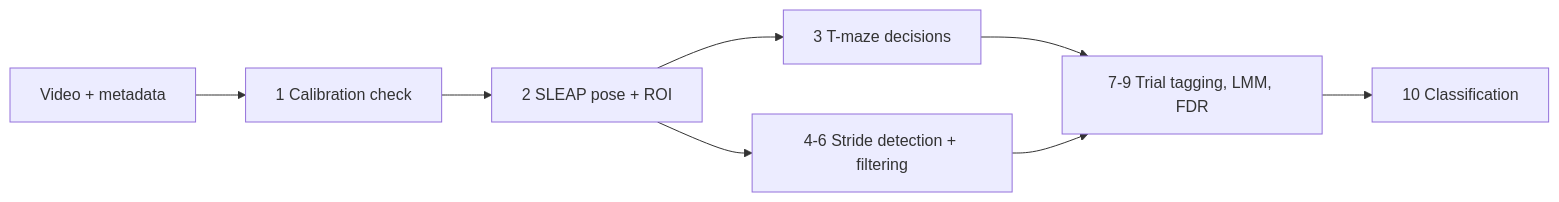
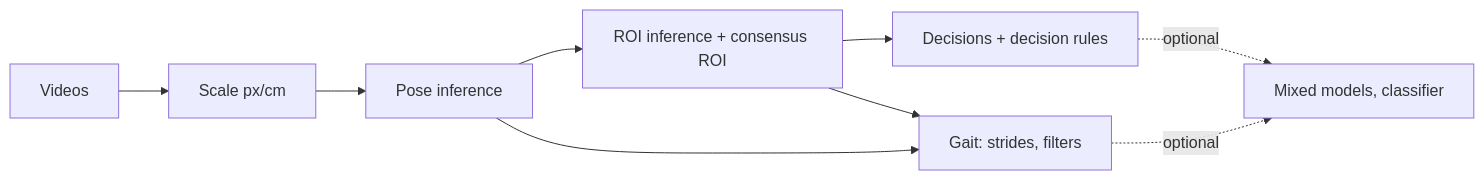
Before and after one commit to talmolab/STRIDE-docs: the diagram in docs/index.md, drawn with Mermaid. The commit also changed other lines of this file and 27 other files, not shown here.

````diff
--- a/docs/index.md
+++ b/docs/index.md
@@ -13,10 +31,11 @@
 ```mermaid
 flowchart LR
-  V[Video + metadata] --> C[1 Calibration check]
-  C --> P[2 SLEAP pose + ROI]
-  P --> D[3 T-maze decisions]
-  P --> G[4-6 Stride detection + filtering]
-  D --> S[7-9 Trial tagging, LMM, FDR]
-  G --> S
-  S --> K[10 Classification]
+  V[Videos] --> S[Scale px/cm]
+  S --> P[Pose inference]
+  P --> R[ROI inference + consensus ROI]
+  R --> D[Decisions + decision rules]
+  R --> G[Gait: strides, filters]
+  P --> G
+  D -. optional .-> M[Mixed models, classifier]
+  G -. optional .-> M
 ```
````
